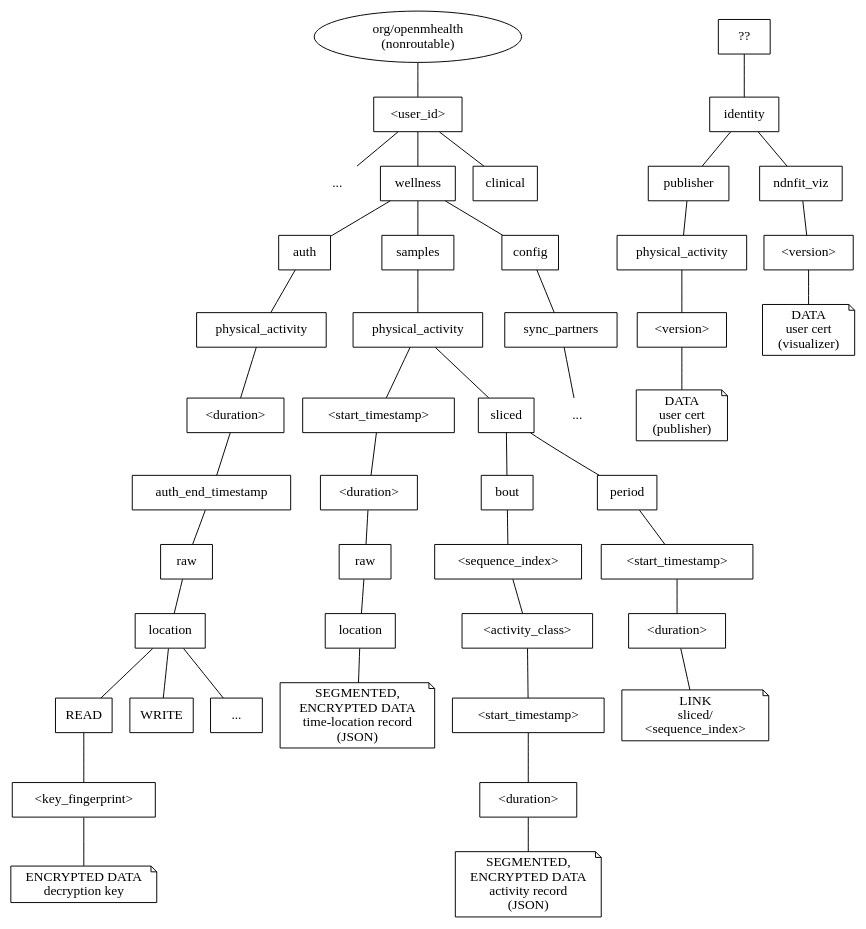
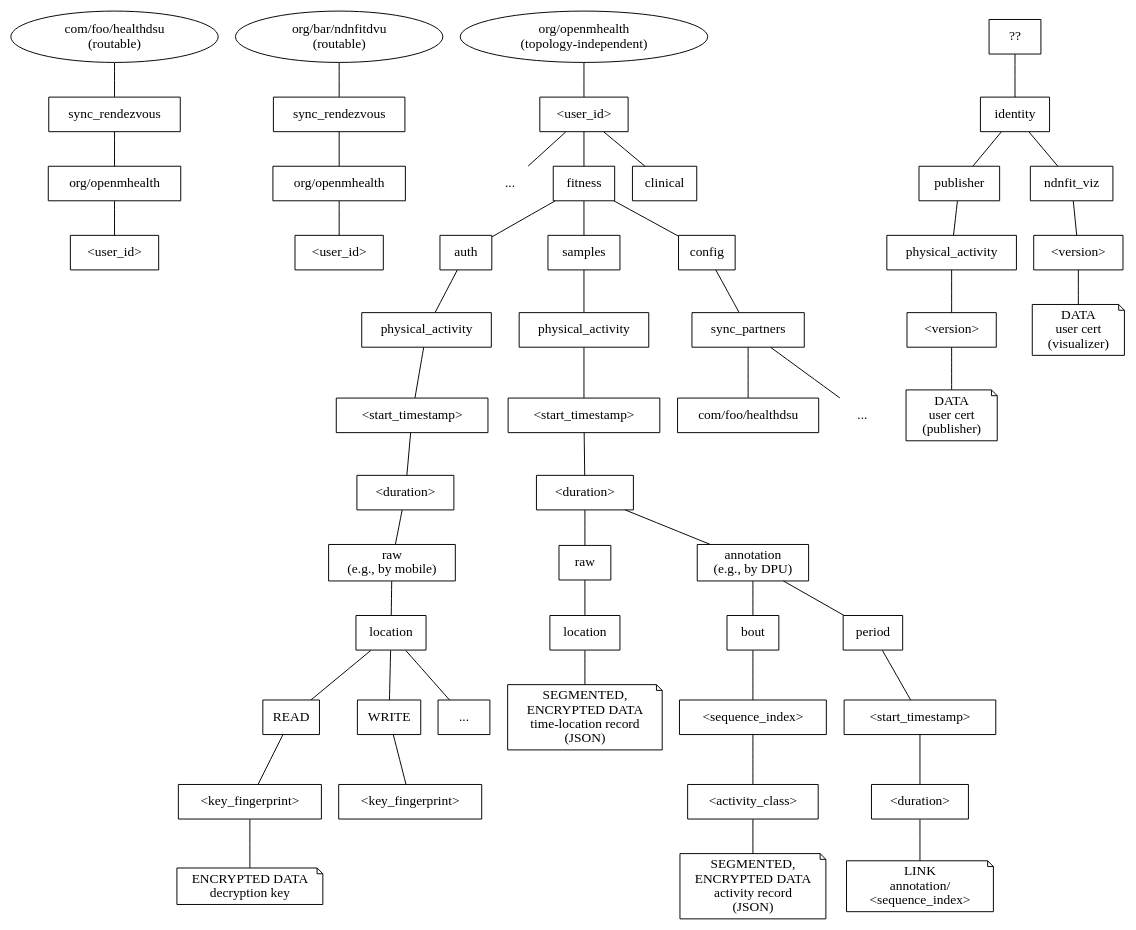
Before and after one commit to remap/ndn-netenv-techreports: the diagram in Open_mHealth/figures/NDNFit-name-top-01.dot, drawn with Graphviz.

Commit message:
updated based on discussion

```diff
--- a/Open_mHealth/figures/NDNFit-name-top-01.dot
+++ b/Open_mHealth/figures/NDNFit-name-top-01.dot
@@ -1,66 +1,81 @@
 graph top {
 
 node [shape=box]; 
 
+exampledsu -- dsu_sync_rendezvous -- dsu_rendezvous_name -- dsu_user;
+exampledsu [shape=oval, label="com/foo/healthdsu\n(routable)", width=3];
+dsu_sync_rendezvous [label="sync_rendezvous"];
+dsu_rendezvous_name [label="org/openmhealth"];
+dsu_user [label="<user_id>"];  
+
+exampledvu -- dvu_sync_rendezvous -- dvu_rendezvous_name -- dvu_user;
+exampledvu [shape=oval, label="org/bar/ndnfitdvu\n(routable)", width=3];
+dvu_sync_rendezvous [label="sync_rendezvous"];
+dvu_rendezvous_name [label="org/openmhealth"];
+dvu_user [label="<user_id>"];  
+
 
 root -- <<user_id>>; 
 <<user_id>> -- category_ellipses;
-<<user_id>> -- wellness;
+<<user_id>> -- fitness;
 <<user_id>> -- clinical;
 
-root [shape=oval, label="org/openmhealth\n(nonroutable)", width=3];
+root [shape=oval, label="org/openmhealth\n(topology-independent)", width=3];
 
 category_ellipses [shape=plaintext,label="..."];
 
-wellness -- auth;
-wellness -- samples;
+fitness -- auth;
+fitness -- samples;
 "??" -- identity;
 
-wellness -- config;
-config -- sync_partners -- sync_partners_ellipses; 
+fitness -- config;
+config -- sync_partners -- "com/foo/healthdsu"; 
+sync_partners -- sync_partners_ellipses; 
 sync_partners_ellipses [shape=plaintext,label="..."];
 
 
 identity -- publisher -- physical_activity_cert -- physical_activity_cert_version-- user_cert;
 identity -- ndnfit_viz -- ndnfit_viz_cert_version -- user_cert_2;
 physical_activity_cert [label="physical_activity"];
 physical_activity_cert_version [label="<version>"];
 ndnfit_viz_cert_version [label="<version>"];
 user_cert [shape=note, label="DATA\nuser cert\n(publisher)"];
 user_cert_2 [shape=note, label="DATA\nuser cert\n(visualizer)"];
 
 
 physical_activity_auth [label="physical_activity"];
 
-auth -- physical_activity_auth -- auth_start_timestamp -- auth_end_timestamp -- auth_raw -- auth_location -- READ --  <<key_fingerprint>> -- auth_data_reader; 
+auth -- physical_activity_auth -- auth_start_timestamp -- auth_end_timestamp -- auth_raw -- auth_location -- READ --  read_key_fingerprint -- auth_data_reader; 
+read_key_fingerprint [label="<key_fingerprint>"]; 
+
+auth_raw [label="raw\n(e.g., by mobile)"];
+auth_location [label="location"]; 
+auth_start_timestamp [label="<start_timestamp>"];
+auth_end_timestamp [label="<duration>"];
+auth_data_reader [shape=note, label="ENCRYPTED DATA\n decryption key"]; 
+
 
 auth_location -- WRITE;
+WRITE -- write_key_fingerprint; 
 auth_location -- "...";
-
-auth_raw [label="raw"];
-auth_location [label="location"]; 
-auth_start_timestamp [label="<start_timestamp>"];
-
-auth_start_timestamp [label="<duration>"];
+write_key_fingerprint [label="<key_fingerprint>"]; 
 
 
-auth_data_reader [shape=note, label="ENCRYPTED DATA\n decryption key"]; 
 
 samples -- physical_activity -- raw_start_timestamp -- raw_end_timestamp -- raw -- location -- raw_data; 
 raw_start_timestamp [label="<start_timestamp>"]; 
 raw_end_timestamp [label="<duration>"]; 
 raw_data [shape="note", label="SEGMENTED,\nENCRYPTED DATA\ntime-location record\n(JSON)"];
 
-physical_activity -- sliced;
-sliced -- bout -- <<sequence_index>> -- <<activity_class>>; 
-<<activity_class>> -- activity_start_timestamp -- activity_end_timestamp -- sliced_data;
-activity_start_timestamp [label="<start_timestamp>"];
-activity_end_timestamp [label="<duration>"];
-sliced_data [shape="note", label="SEGMENTED,\nENCRYPTED DATA\nactivity record\n(JSON)"];
+raw_end_timestamp -- annotation;
+annotation [label="annotation\n(e.g., by DPU)"];
+annotation -- bout -- <<sequence_index>> -- <<activity_class>>; 
+<<activity_class>> -- annotation_data;
+annotation_data [shape="note", label="SEGMENTED,\nENCRYPTED DATA\nactivity record\n(JSON)"];
 
-sliced -- period -- sliced_start_timestamp -- sliced__end_timestamp -- sliced_time_lookup; 
-sliced_start_timestamp [label="<start_timestamp>"];
-sliced__end_timestamp [label="<duration>"];
-sliced_time_lookup [shape=note, label="LINK\nsliced/\n<sequence_index>"]
+annotation -- period -- annotation_start_timestamp -- annotation__end_timestamp -- annotation_time_lookup; 
+annotation_start_timestamp [label="<start_timestamp>"];
+annotation__end_timestamp [label="<duration>"];
+annotation_time_lookup [shape=note, label="LINK\nannotation/\n<sequence_index>"]
 
 }
```
